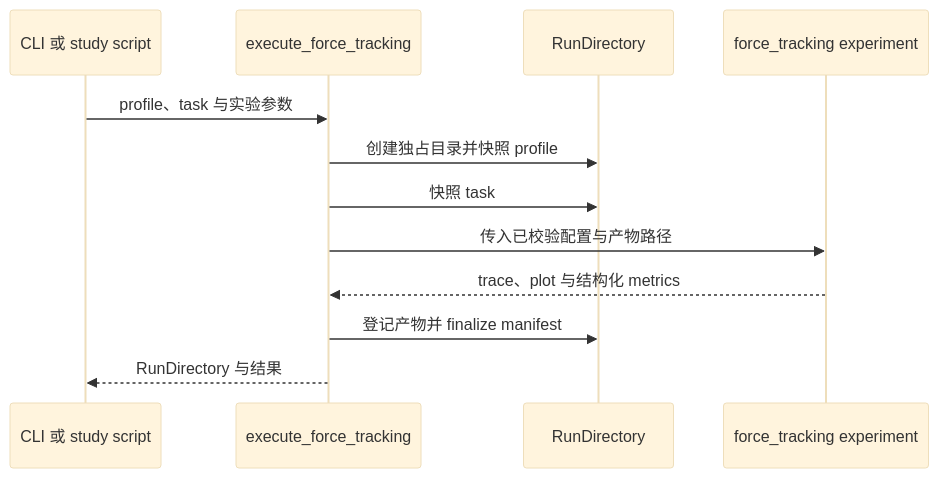
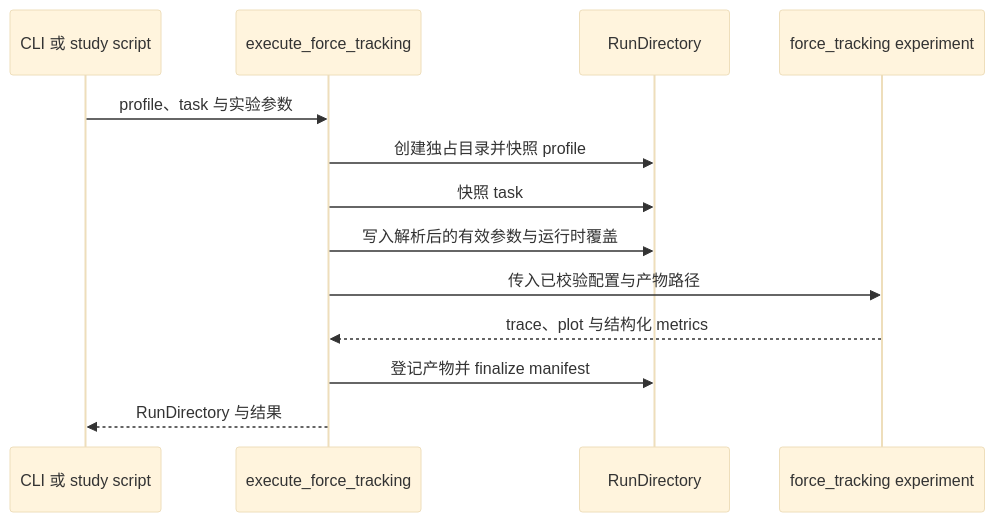
One commit to langxin11/parallel_gripper_tactile changed the second of 2 diagrams in docs/architecture.md. Above: the diagram before and after it, drawn with Mermaid (base theme). The commit also changed other lines of this file and 26 other files, not shown here.

First line of the commit message:
feat(experiments): 完善力跟踪研究工件与任务化绘图

````diff
--- a/docs/architecture.md
+++ b/docs/architecture.md
@@ -78,15 +78,16 @@
 ```mermaid
 sequenceDiagram
   participant E as CLI 或 study script
   participant R as execute_force_tracking
   participant A as RunDirectory
   participant X as force_tracking experiment
 
   E->>R: profile、task 与实验参数
   R->>A: 创建独占目录并快照 profile
   R->>A: 快照 task
+  R->>A: 写入解析后的有效参数与运行时覆盖
   R->>X: 传入已校验配置与产物路径
   X-->>R: trace、plot 与结构化 metrics
   R->>A: 登记产物并 finalize manifest
   R-->>E: RunDirectory 与结果
 ```
````
